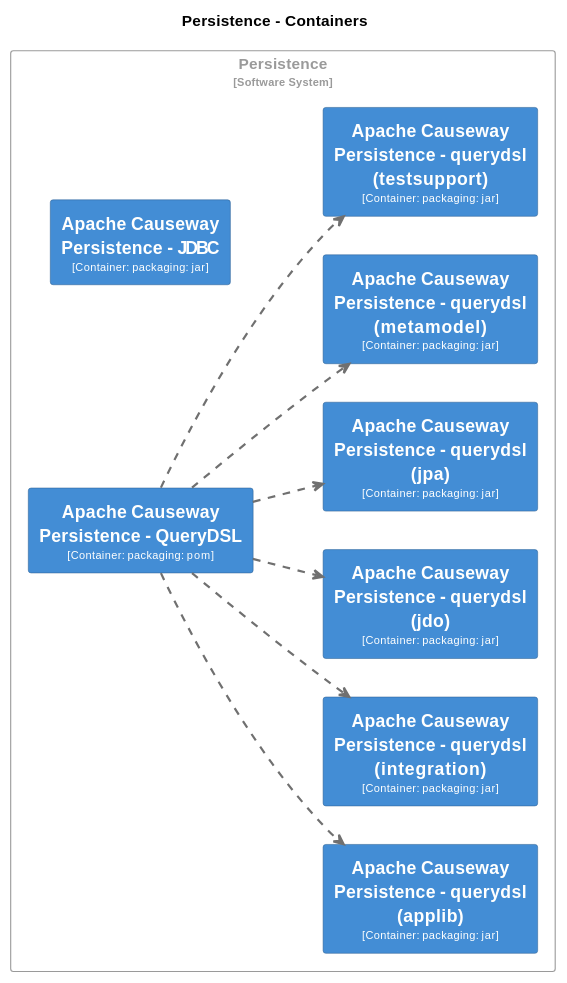
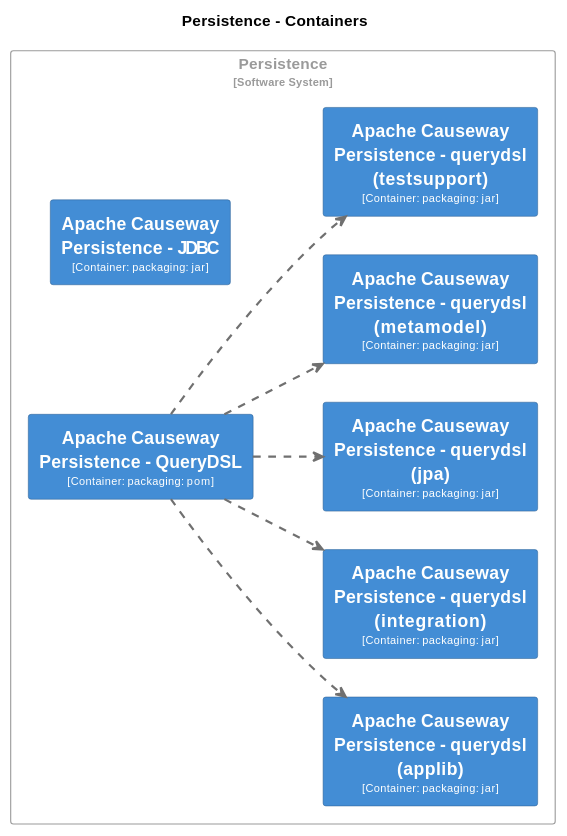
The seventh of 31 diagrams in core/adoc/modules/_overview/pages/about.adoc (apache/causeway), drawn with PlantUML before and after one commit. The commit also changed other lines of this file and 186 other files, not shown here.

```diff
--- a/core/adoc/modules/_overview/pages/about.adoc
+++ b/core/adoc/modules/_overview/pages/about.adoc
@@ -1531,12 +1578,6 @@
   BorderColor #2e6295
   shadowing false
 }
-skinparam rectangle<<Persistence.ApacheCausewayPersistencequerydsljdo>> {
-  BackgroundColor #438dd5
-  FontColor #fffffe
-  BorderColor #2e6295
-  shadowing false
-}
 skinparam rectangle<<Persistence.ApacheCausewayPersistencequerydsljpa>> {
   BackgroundColor #438dd5
   FontColor #fffffe
@@ -1566,17 +1607,15 @@
   rectangle "==Apache Causeway Persistence - QueryDSL\n<size:10>[Container: packaging: pom]</size>" <<Persistence.ApacheCausewayPersistenceQueryDSL>> as Persistence.ApacheCausewayPersistenceQueryDSL
   rectangle "==Apache Causeway Persistence - querydsl (applib)\n<size:10>[Container: packaging: jar]</size>" <<Persistence.ApacheCausewayPersistencequerydslapplib>> as Persistence.ApacheCausewayPersistencequerydslapplib
   rectangle "==Apache Causeway Persistence - querydsl (integration)\n<size:10>[Container: packaging: jar]</size>" <<Persistence.ApacheCausewayPersistencequerydslintegration>> as Persistence.ApacheCausewayPersistencequerydslintegration
-  rectangle "==Apache Causeway Persistence - querydsl (jdo)\n<size:10>[Container: packaging: jar]</size>" <<Persistence.ApacheCausewayPersistencequerydsljdo>> as Persistence.ApacheCausewayPersistencequerydsljdo
   rectangle "==Apache Causeway Persistence - querydsl (jpa)\n<size:10>[Container: packaging: jar]</size>" <<Persistence.ApacheCausewayPersistencequerydsljpa>> as Persistence.ApacheCausewayPersistencequerydsljpa
   rectangle "==Apache Causeway Persistence - querydsl (metamodel)\n<size:10>[Container: packaging: jar]</size>" <<Persistence.ApacheCausewayPersistencequerydslmetamodel>> as Persistence.ApacheCausewayPersistencequerydslmetamodel
   rectangle "==Apache Causeway Persistence - querydsl (testsupport)\n<size:10>[Container: packaging: jar]</size>" <<Persistence.ApacheCausewayPersistencequerydsltestsupport>> as Persistence.ApacheCausewayPersistencequerydsltestsupport
 }
 
-Persistence.ApacheCausewayPersistenceQueryDSL .[#707070,thickness=2].> Persistence.ApacheCausewayPersistencequerydslapplib : "<color:#707070>"
 Persistence.ApacheCausewayPersistenceQueryDSL .[#707070,thickness=2].> Persistence.ApacheCausewayPersistencequerydslintegration : "<color:#707070>"
-Persistence.ApacheCausewayPersistenceQueryDSL .[#707070,thickness=2].> Persistence.ApacheCausewayPersistencequerydsljdo : "<color:#707070>"
 Persistence.ApacheCausewayPersistenceQueryDSL .[#707070,thickness=2].> Persistence.ApacheCausewayPersistencequerydsljpa : "<color:#707070>"
 Persistence.ApacheCausewayPersistenceQueryDSL .[#707070,thickness=2].> Persistence.ApacheCausewayPersistencequerydslmetamodel : "<color:#707070>"
 Persistence.ApacheCausewayPersistenceQueryDSL .[#707070,thickness=2].> Persistence.ApacheCausewayPersistencequerydsltestsupport : "<color:#707070>"
+Persistence.ApacheCausewayPersistenceQueryDSL .[#707070,thickness=2].> Persistence.ApacheCausewayPersistencequerydslapplib : "<color:#707070>"
 @enduml
 ----
```
